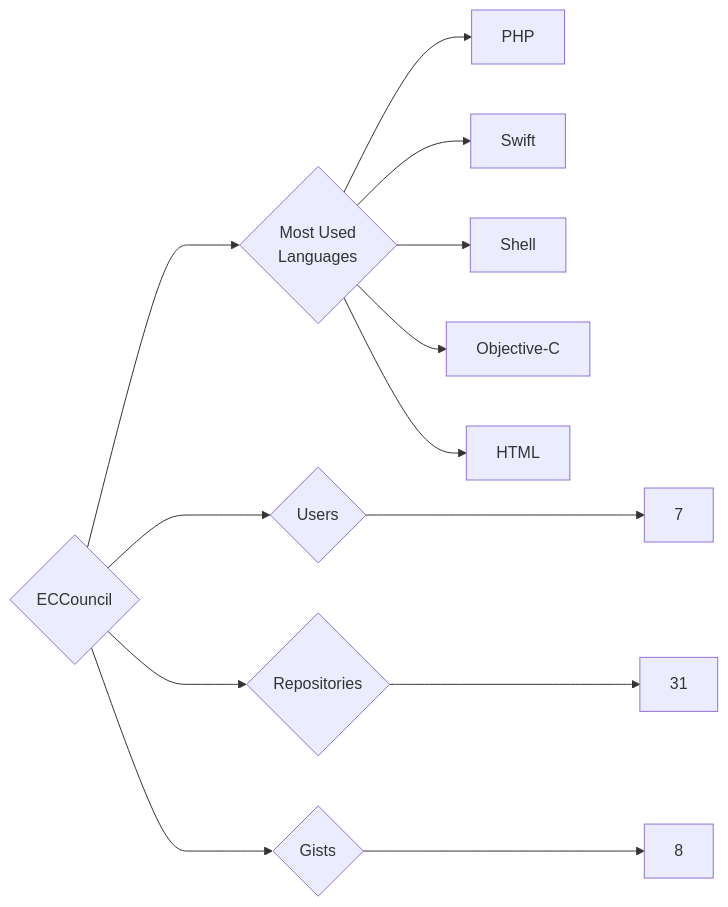
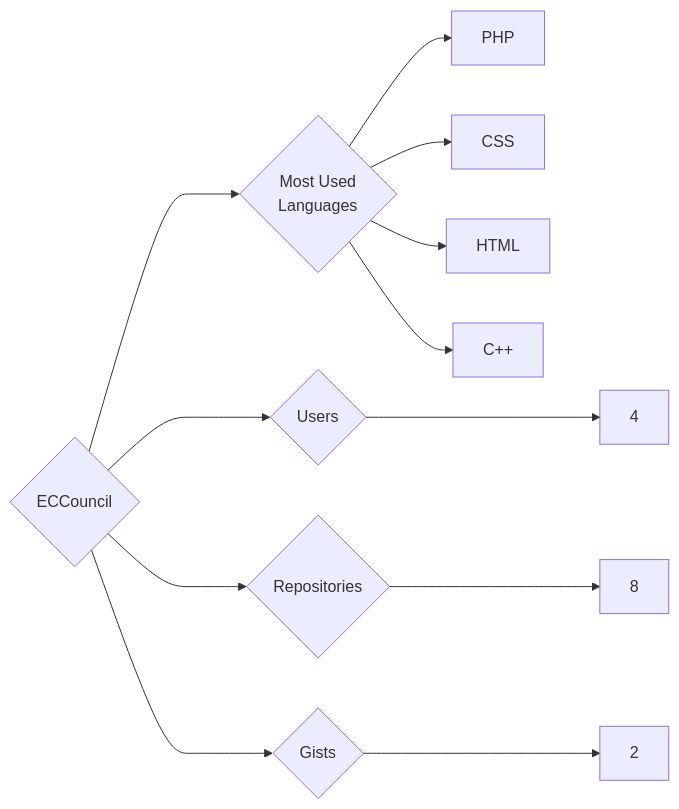
The diagram in targets/ECCouncil/README.md (trickest/insiders), drawn with Mermaid before and after one commit. The commit also changed 1023 other files, not shown here.

````diff
--- a/targets/ECCouncil/README.md
+++ b/targets/ECCouncil/README.md
@@ -3,13 +3,12 @@
 ```mermaid
 graph LR
 COMPANY_NAME{ECCouncil}
-COMPANY_NAME ---> U{Users} ---> UN[7]
-COMPANY_NAME ---> R{Repositories} ---> RN[31]
-COMPANY_NAME ---> G{Gists} ---> GN[8]
+COMPANY_NAME ---> U{Users} ---> UN[4]
+COMPANY_NAME ---> R{Repositories} ---> RN[8]
+COMPANY_NAME ---> G{Gists} ---> GN[2]
 COMPANY_NAME ---> ML{Most Used<br>Languages}
 ML --> PHP[PHP]
-ML --> Swift[Swift]
-ML --> Shell[Shell]
-ML --> Objective-C[Objective-C]
+ML --> CSS[CSS]
 ML --> HTML[HTML]
+ML --> C++[C++]
 ```
````
